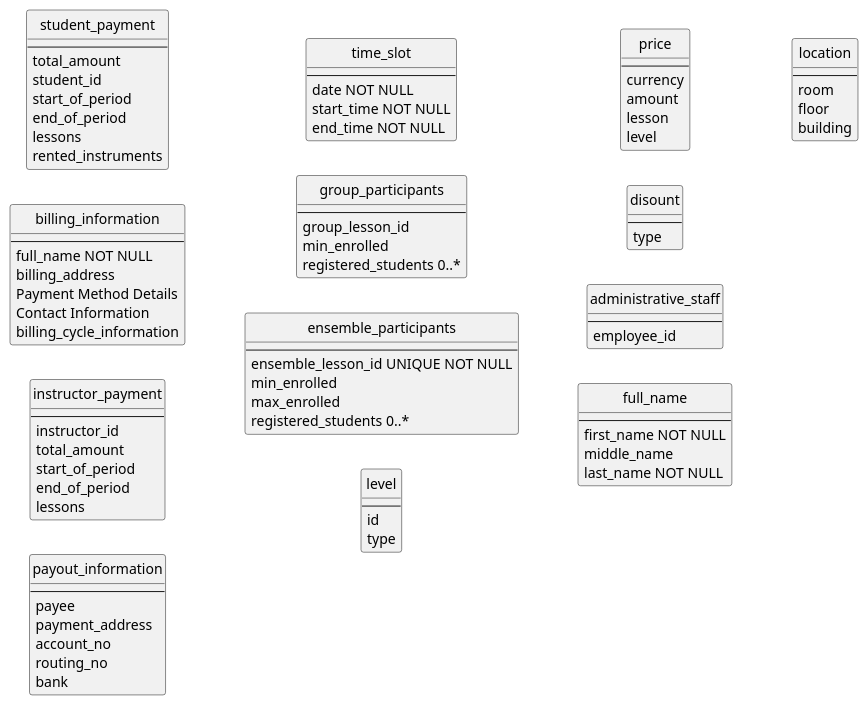
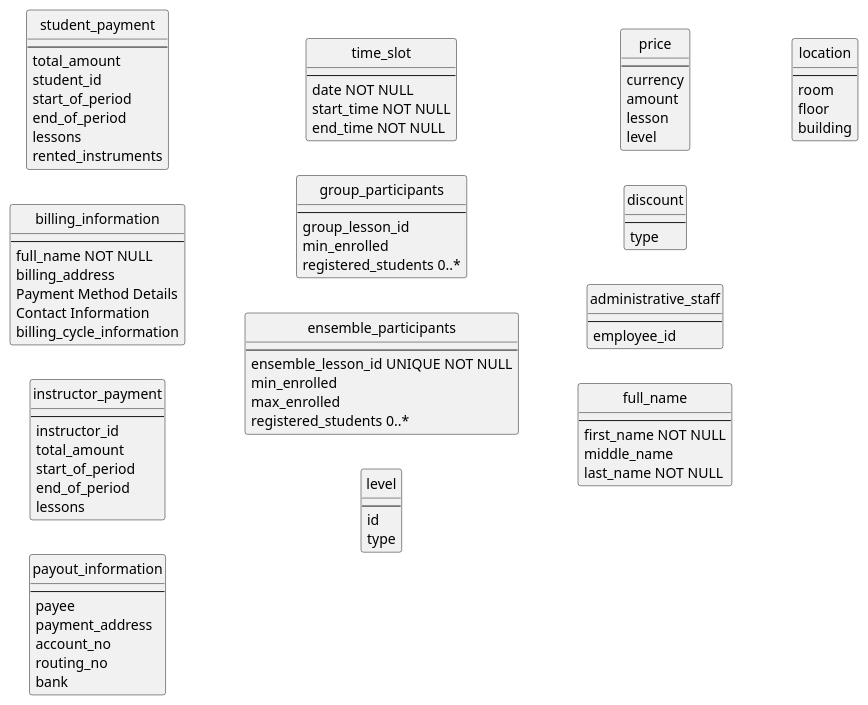
The second of 3 diagrams in diagrams/cm.puml (blomquiste/kth-iv1351-data-storage-paradigms), drawn with PlantUML before and after one commit. The commit also changed other lines of this file and 1 other file, not shown here.

```diff
--- a/diagrams/cm.puml
+++ b/diagrams/cm.puml
@@ -269,135 +268,135 @@
 @startuml
 hide circle
 
 skinparam linetype ortho
 ' top to bottom direction
 left to right direction
 ' skinparam ClassAttributeIconSize 0
 
 ' FINANCIAL
 entity student_payment {
     ' id UNIQUE NOT NULL
     --
     total_amount
     student_id
     start_of_period
     end_of_period
     lessons
     rented_instruments
 }
 ' note bottom 
 '     What if the bill should include several students? 
 ' end note
 entity "billing_information" {
     --
     ' The name on the credit card or billing account.
     full_name NOT NULL
     ' The address associated with the credit card or account.
     billing_address
     ' Credit card number, expiration date, and security code (CVV), or bank account details for direct debit.
     Payment Method Details
     ' Phone number and email address, in case the business needs to contact the person about their bill.
     Contact Information
     ' Information regarding how often the customer will be charged (monthly, quarterly, annually).
     billing_cycle_information
 }
 
 entity instructor_payment {
     ' id UNIQUE NOT NULL
     --
     instructor_id
     total_amount
     start_of_period
     end_of_period
     lessons
 }
 ' entity "monthly_statement" {
 ' }
 
 entity "payout_information" {
     --
     ' The name of the individual or business that will receive the payment.
     payee
     ' Payment Address: The postal address associated with the payee's account, if necessary.
     payment_address
     ' Bank Account Details: This could include the bank name, account number, and routing number for bank transfers.
     account_no
     routing_no
     bank
     ' SWIFT Code and International Bank Account Number (IBAN): For international payments, these numbers help identify the bank and the individual account.
     ' Tax Identification Number (TIN): This might be required for tax purposes, depending on the nature and location of the transaction.
 }
 
 
 ' billing_information ||--|{ student : for
 ' payout_information ||--|| instructor : for
 
 ' individual_lesson ||---|| time_period : lasts
 ' group_lesson ||---|| time_period : lasts
 ' ensemble ||---|| time_period : lasts
 ' group_lesson ||---|| group_participants : has
 ' ensemble ||---|| ensemble_participants : has
 
 entity "time_slot" {
     --
     date NOT NULL
     start_time NOT NULL
     end_time NOT NULL
 }
 
 entity "group_participants" {
     --
     group_lesson_id
     min_enrolled
     registered_students 0..*
     ' registered_students : student_id[]
 }
 
 entity "ensemble_participants" {
     --
     ensemble_lesson_id UNIQUE NOT NULL
     min_enrolled
     max_enrolled
     registered_students 0..*
 }
 
 entity "level" {
     --
     id
     type
 }
 
 entity "price" {
     --
     currency
     amount
     lesson
     level
 }
 
-entity "disount" {
+entity "discount" {
     --
     type
 }
 
 entity "administrative_staff" {
     --
     employee_id
 }
 
 entity "full_name" {
     --
     first_name NOT NULL
     middle_name
     last_name NOT NULL
 }
 
 entity "location" {
     --
     room
     floor
     building
 }
 
 
 @enduml
```
